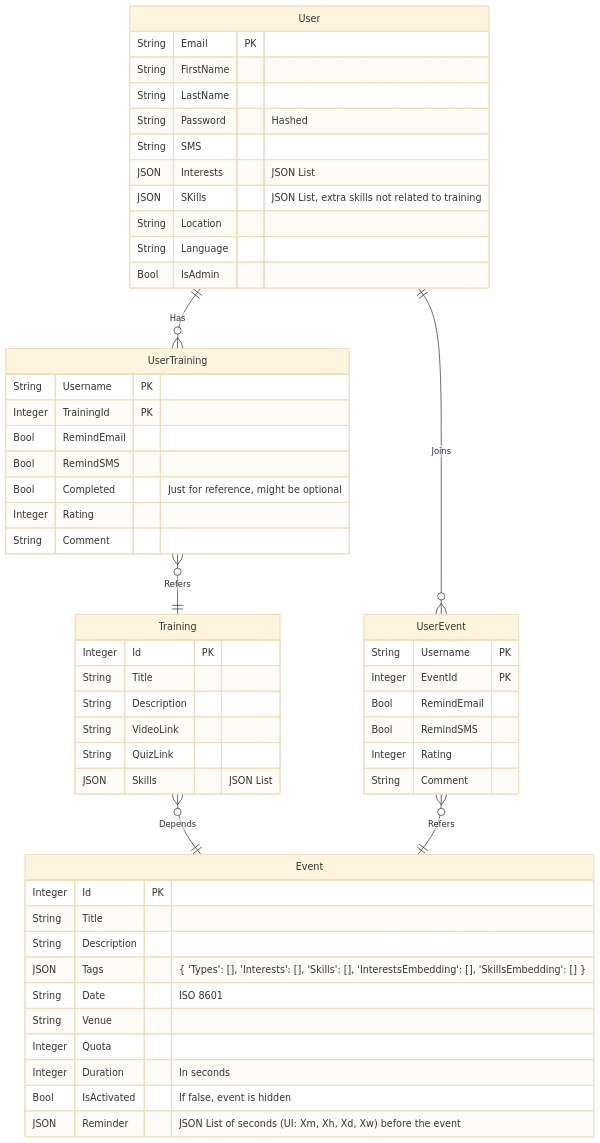
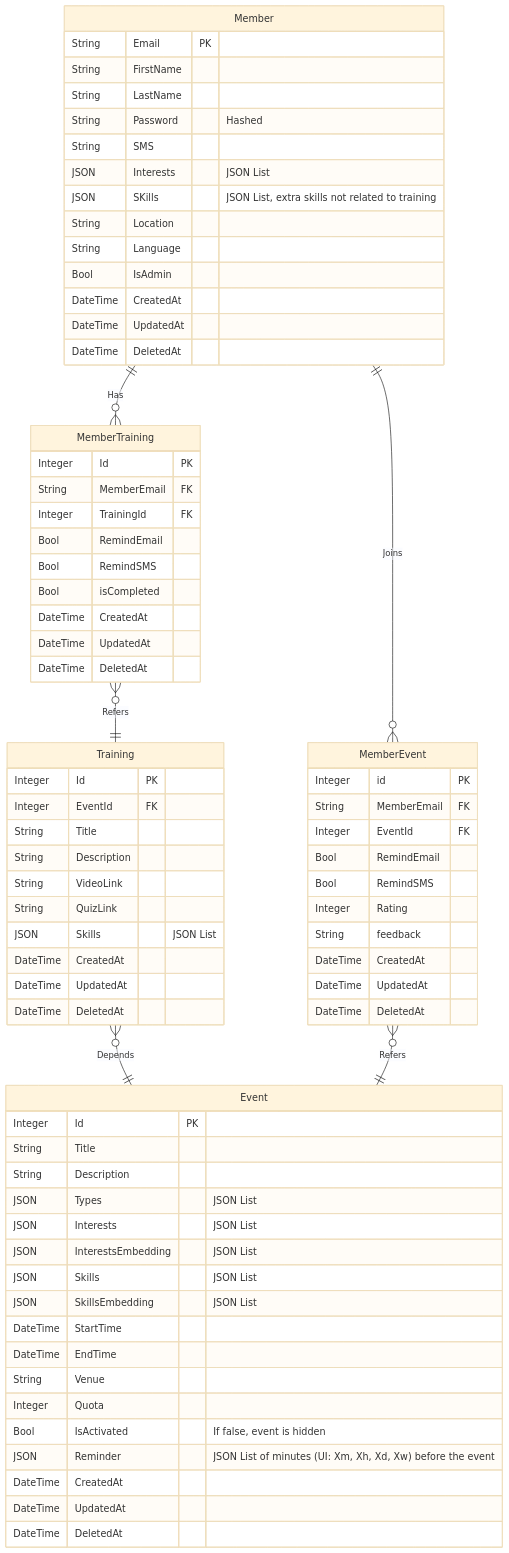
One commit to Code-To-Give-Team14/code-to-give changed the diagram in server/README.md. Above: the diagram before and after it, drawn with Mermaid (base theme).

Commit message:
Update ER Diagram

````diff
--- a/server/README.md
+++ b/server/README.md
@@ -7,62 +7,82 @@
 ```mermaid
 erDiagram
-    User {
+    Member {
         String Email PK
         String FirstName
         String LastName
         String Password "Hashed"
         String SMS
         JSON Interests "JSON List"
         JSON SKills "JSON List, extra skills not related to training"
         String Location
         String Language
         Bool IsAdmin
+        DateTime CreatedAt
+        DateTime UpdatedAt
+        DateTime DeletedAt
     }
 
-    UserTraining {
-        String Username PK
-        Integer TrainingId PK
+    MemberTraining {
+        Integer Id PK
+        String MemberEmail FK
+        Integer TrainingId FK
         Bool RemindEmail
         Bool RemindSMS
-        Bool Completed "Just for reference, might be optional"
-        Integer Rating
-        String Comment
+        Bool isCompleted
+        DateTime CreatedAt
+        DateTime UpdatedAt
+        DateTime DeletedAt
     }
 
     Training {
         Integer Id PK
+        Integer EventId FK
         String Title
         String Description
         String VideoLink
         String QuizLink
         JSON Skills "JSON List"
+        DateTime CreatedAt
+        DateTime UpdatedAt
+        DateTime DeletedAt
     }
 
-    UserEvent {
-        String Username PK
-        Integer EventId PK
+    MemberEvent {
+        Integer id PK
+        String MemberEmail FK
+        Integer EventId FK
         Bool RemindEmail
         Bool RemindSMS
         Integer Rating
-        String Comment
+        String feedback
+        DateTime CreatedAt
+        DateTime UpdatedAt
+        DateTime DeletedAt
     }
 
     Event {
         Integer Id PK
         String Title
         String Description
-        JSON Tags "{ 'Types': [], 'Interests': [], 'Skills': [], 'InterestsEmbedding': [], 'SkillsEmbedding': [] }"
-        String Date "ISO 8601"
+        JSON Types "JSON List"
+        JSON Interests "JSON List"
+        JSON InterestsEmbedding "JSON List"
+        JSON Skills "JSON List"
+        JSON SkillsEmbedding "JSON List"
+        DateTime StartTime
+        DateTime EndTime
         String Venue
         Integer Quota
-        Integer Duration "In seconds"
         Bool IsActivated "If false, event is hidden"
-        JSON Reminder "JSON List of seconds (UI: Xm, Xh, Xd, Xw) before the event"
+        JSON Reminder "JSON List of minutes (UI: Xm, Xh, Xd, Xw) before the event"
+        DateTime CreatedAt
+        DateTime UpdatedAt
+        DateTime DeletedAt
     }
 
-    User ||--o{ UserTraining: Has
-    UserTraining }o--|| Training: Refers
+    Member ||--o{ MemberTraining: Has
+    MemberTraining }o--|| Training: Refers
     Training }o--|| Event: Depends
-    User ||--o{ UserEvent: Joins
-    UserEvent }o--|| Event: Refers
+    Member ||--o{ MemberEvent: Joins
+    MemberEvent }o--|| Event: Refers
 ```
````
